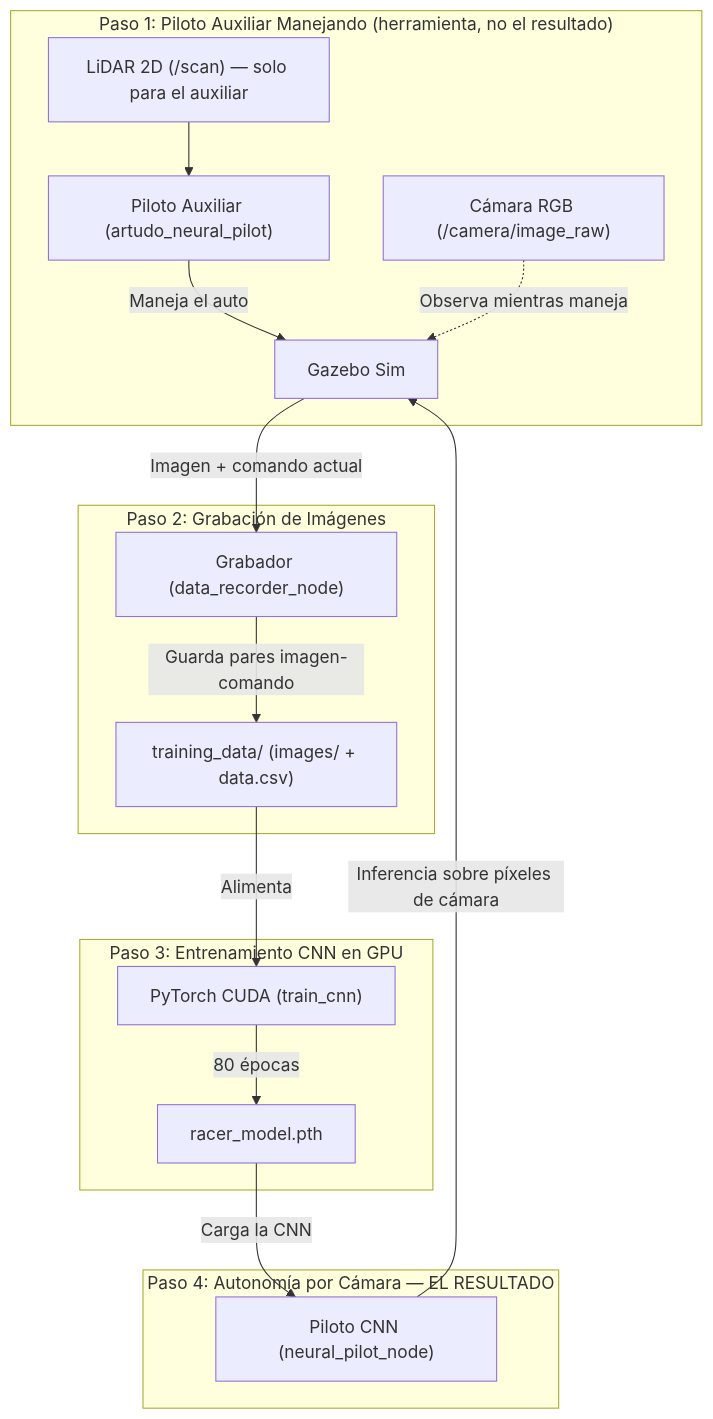
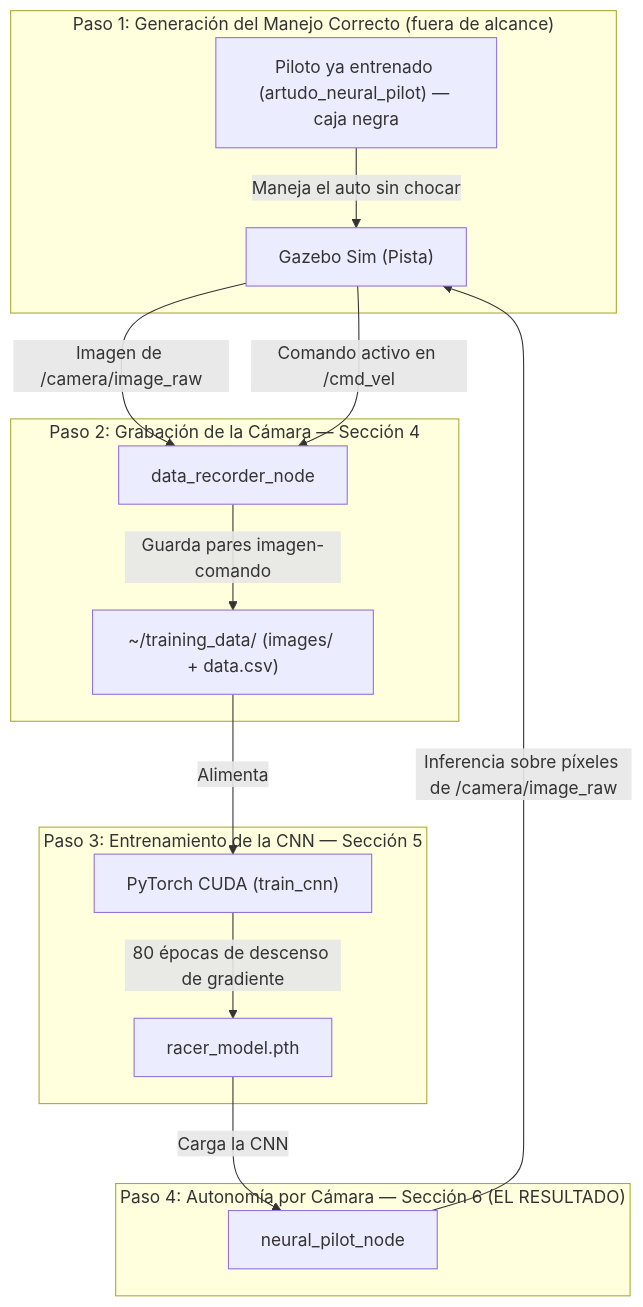
The diagram in informeTecnicoActualizado.md (victortotoy10/robot-vision-sim), drawn with Mermaid before and after one commit. The commit also changed other lines of this file, not shown here.

````diff
--- a/informeTecnicoActualizado.md
+++ b/informeTecnicoActualizado.md
@@ -23,23 +22,22 @@
 ```mermaid
 graph TD
-    subgraph Paso1 ["Paso 1: Piloto Auxiliar Manejando (herramienta, no el resultado)"]
-        LIDAR["LiDAR 2D (/scan) — solo para el auxiliar"] --> PILOTAUX["Piloto Auxiliar (artudo_neural_pilot)"]
-        PILOTAUX -->|Maneja el auto| SIM["Gazebo Sim"]
-        CAM["Cámara RGB (/camera/image_raw)"] -.->|Observa mientras maneja| SIM
+    subgraph Paso1 ["Paso 1: Generación del Manejo Correcto (fuera de alcance)"]
+        EXPERTO["Piloto ya entrenado (artudo_neural_pilot) — caja negra"] -->|Maneja el auto sin chocar| SIM["Gazebo Sim (Pista)"]
     end
 
-    subgraph Paso2 ["Paso 2: Grabación de Imágenes"]
-        SIM -->|Imagen + comando actual| REC["Grabador (data_recorder_node)"]
-        REC -->|Guarda pares imagen-comando| DATA["training_data/ (images/ + data.csv)"]
+    subgraph Paso2 ["Paso 2: Grabación de la Cámara — Sección 4"]
+        SIM -->|Imagen de /camera/image_raw| REC["data_recorder_node"]
+        SIM -->|Comando activo en /cmd_vel| REC
+        REC -->|Guarda pares imagen-comando| DATA["~/training_data/ (images/ + data.csv)"]
     end
 
-    subgraph Paso3 ["Paso 3: Entrenamiento CNN en GPU"]
+    subgraph Paso3 ["Paso 3: Entrenamiento de la CNN — Sección 5"]
         DATA -->|Alimenta| GPU["PyTorch CUDA (train_cnn)"]
-        GPU -->|80 épocas| MODEL["racer_model.pth"]
+        GPU -->|80 épocas de descenso de gradiente| MODEL["racer_model.pth"]
     end
 
-    subgraph Paso4 ["Paso 4: Autonomía por Cámara — EL RESULTADO"]
-        MODEL -->|Carga la CNN| PILOTCNN["Piloto CNN (neural_pilot_node)"]
-        PILOTCNN -->|Inferencia sobre píxeles de cámara| SIM
+    subgraph Paso4 ["Paso 4: Autonomía por Cámara — Sección 6 (EL RESULTADO)"]
+        MODEL -->|Carga la CNN| PILOTCNN["neural_pilot_node"]
+        PILOTCNN -->|Inferencia sobre píxeles de /camera/image_raw| SIM
     end
 ```
````
